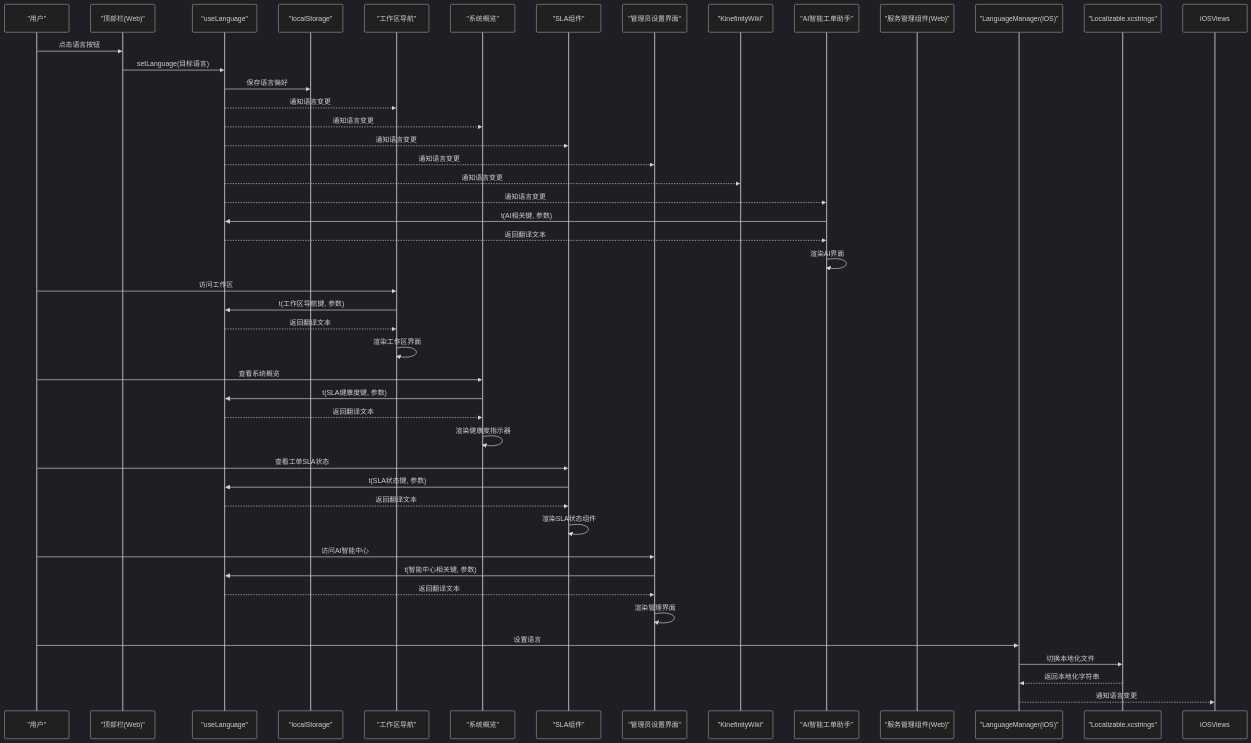
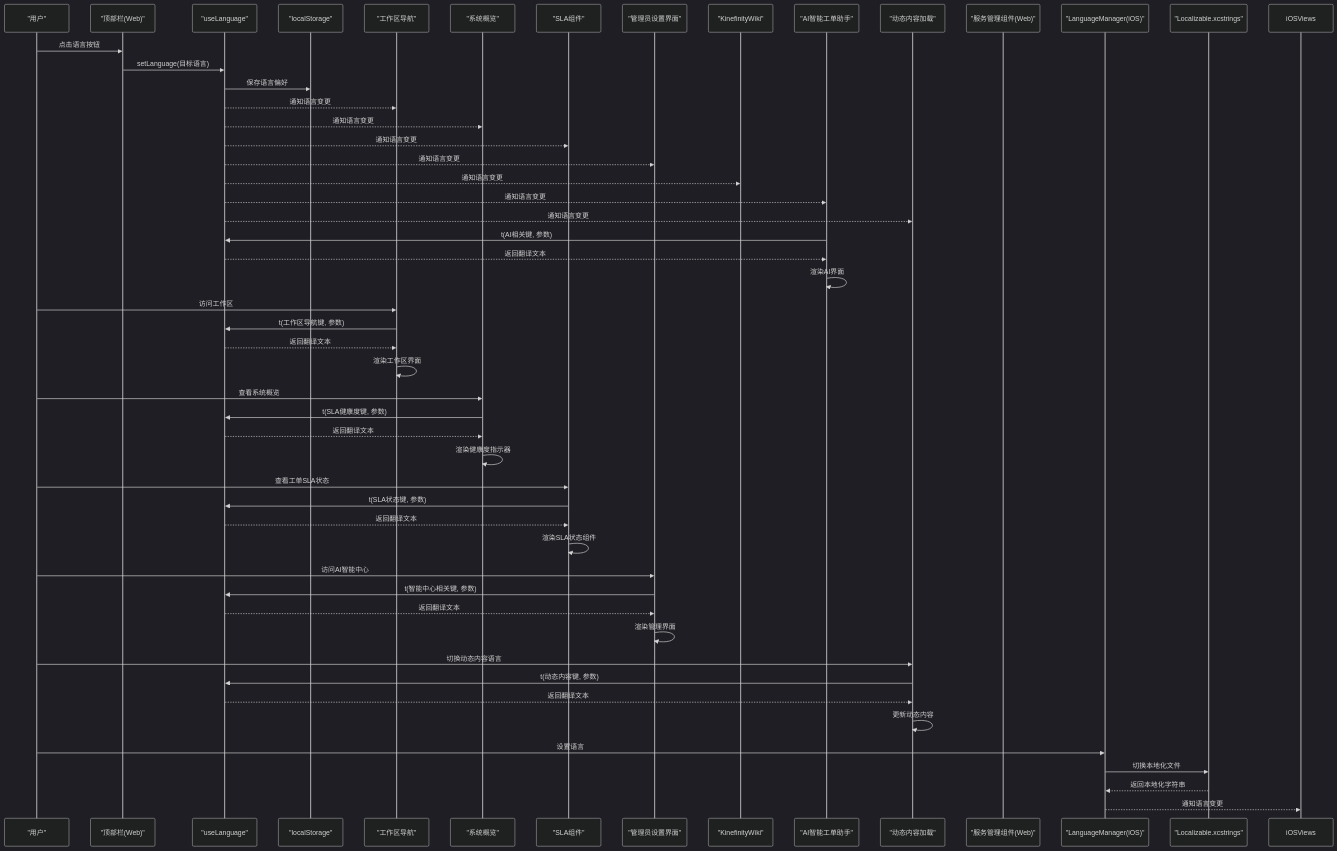
One commit to CubeEdge/Longhorn changed the second of 3 diagrams in .qoder/repowiki/zh/content/前端组件架构/国际化支持.md. Above: the diagram before and after it, drawn with Mermaid (dark theme). The commit also changed other lines of this file and 53 other files, not shown here.

````diff
--- a/.qoder/repowiki/zh/content/前端组件架构/国际化支持.md
+++ b/.qoder/repowiki/zh/content/前端组件架构/国际化支持.md
@@ -242,48 +297,54 @@
 ```mermaid
 sequenceDiagram
 participant User as "用户"
 participant TopBar as "顶部栏(Web)"
 participant Hook as "useLanguage"
 participant Store as "localStorage"
 participant WP as "工作区导航"
 participant OD as "系统概览"
 participant SC as "SLA组件"
 participant Admin as "管理员设置界面"
 participant KW as "KinefinityWiki"
 participant AI as "AI智能工单助手"
+participant Dynamic as "动态内容加载"
 participant Comp as "服务管理组件(Web)"
 participant iOSLang as "LanguageManager(iOS)"
 participant iOSStrings as "Localizable.xcstrings"
 User->>TopBar : 点击语言按钮
 TopBar->>Hook : setLanguage(目标语言)
 Hook->>Store : 保存语言偏好
 Hook-->>WP : 通知语言变更
 Hook-->>OD : 通知语言变更
 Hook-->>SC : 通知语言变更
 Hook-->>Admin : 通知语言变更
 Hook-->>KW : 通知语言变更
 Hook-->>AI : 通知语言变更
+Hook-->>Dynamic : 通知语言变更
 AI->>Hook : t(AI相关键, 参数)
 Hook-->>AI : 返回翻译文本
 AI->>AI : 渲染AI界面
 User->>WP : 访问工作区
 WP->>Hook : t(工作区导航键, 参数)
 Hook-->>WP : 返回翻译文本
 WP->>WP : 渲染工作区界面
 User->>OD : 查看系统概览
 OD->>Hook : t(SLA健康度键, 参数)
 Hook-->>OD : 返回翻译文本
 OD->>OD : 渲染健康度指示器
 User->>SC : 查看工单SLA状态
 SC->>Hook : t(SLA状态键, 参数)
 Hook-->>SC : 返回翻译文本
 SC->>SC : 渲染SLA状态组件
 User->>Admin : 访问AI智能中心
 Admin->>Hook : t(智能中心相关键, 参数)
 Hook-->>Admin : 返回翻译文本
 Admin->>Admin : 渲染管理界面
+User->>Dynamic : 切换动态内容语言
+Dynamic->>Hook : t(动态内容键, 参数)
+Hook-->>Dynamic : 返回翻译文本
+Dynamic->>Dynamic : 更新动态内容
 User->>iOSLang : 设置语言
 iOSLang->>iOSStrings : 切换本地化文件
 iOSStrings-->>iOSLang : 返回本地化字符串
 iOSLang-->>iOSViews : 通知语言变更
 ```
````
